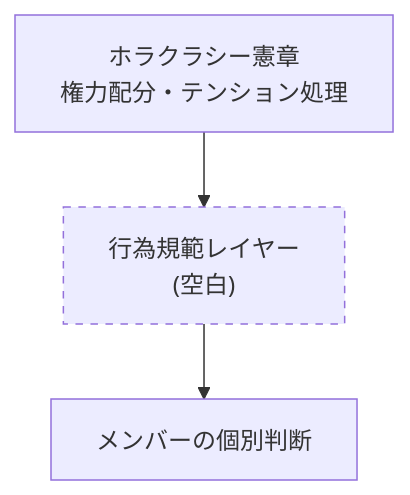
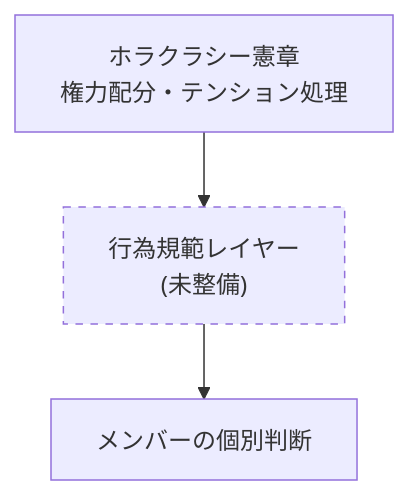
The ninth of 10 diagrams in apps/kosui-me/src/content/posts/2026-04-29-knowledge-entropy-and-normative-layer.mdx (iwasa-kosui/monorepo), drawn with Mermaid before and after one commit. The commit also changed other lines of this file, not shown here.

````diff
--- a/apps/kosui-me/src/content/posts/2026-04-29-knowledge-entropy-and-normative-layer.mdx
+++ b/apps/kosui-me/src/content/posts/2026-04-29-knowledge-entropy-and-normative-layer.mdx
@@ -227,8 +227,8 @@
 ```mermaid
 flowchart TB
     A["ホラクラシー憲章<br/>権力配分・テンション処理"]
-    B["行為規範レイヤー<br/>(空白)"]
+    B["行為規範レイヤー<br/>(未整備)"]
     C["メンバーの個別判断"]
     A --> B --> C
     style B stroke-dasharray: 5 5
 ```
````
